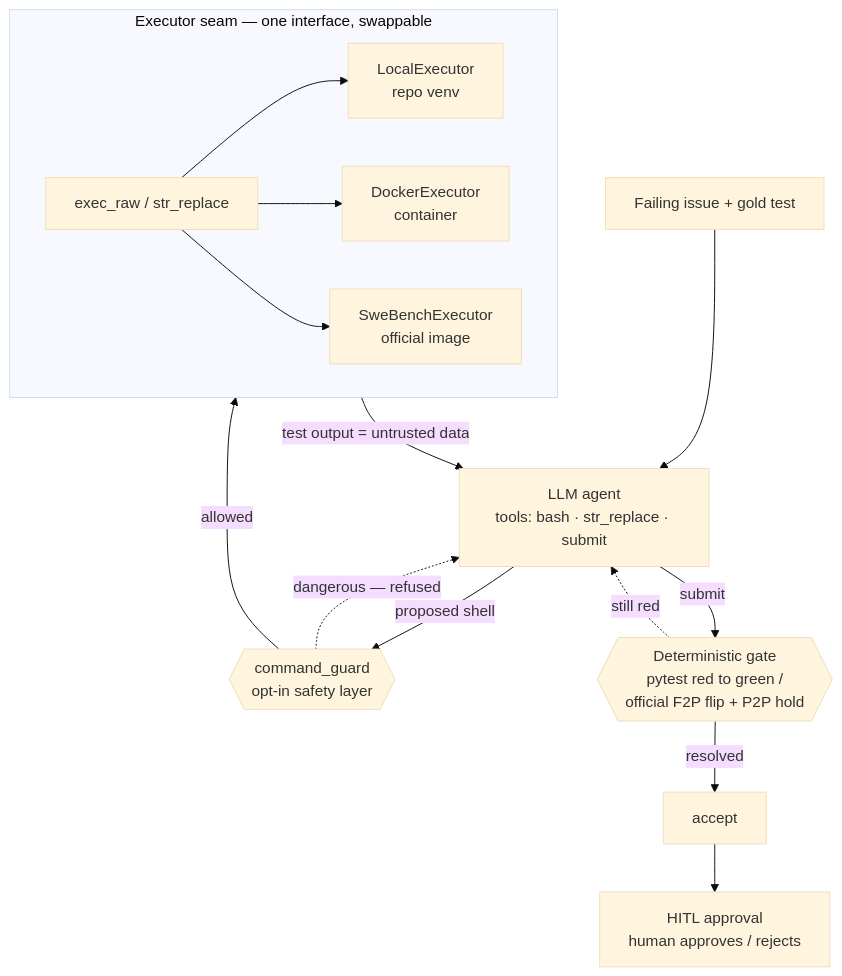
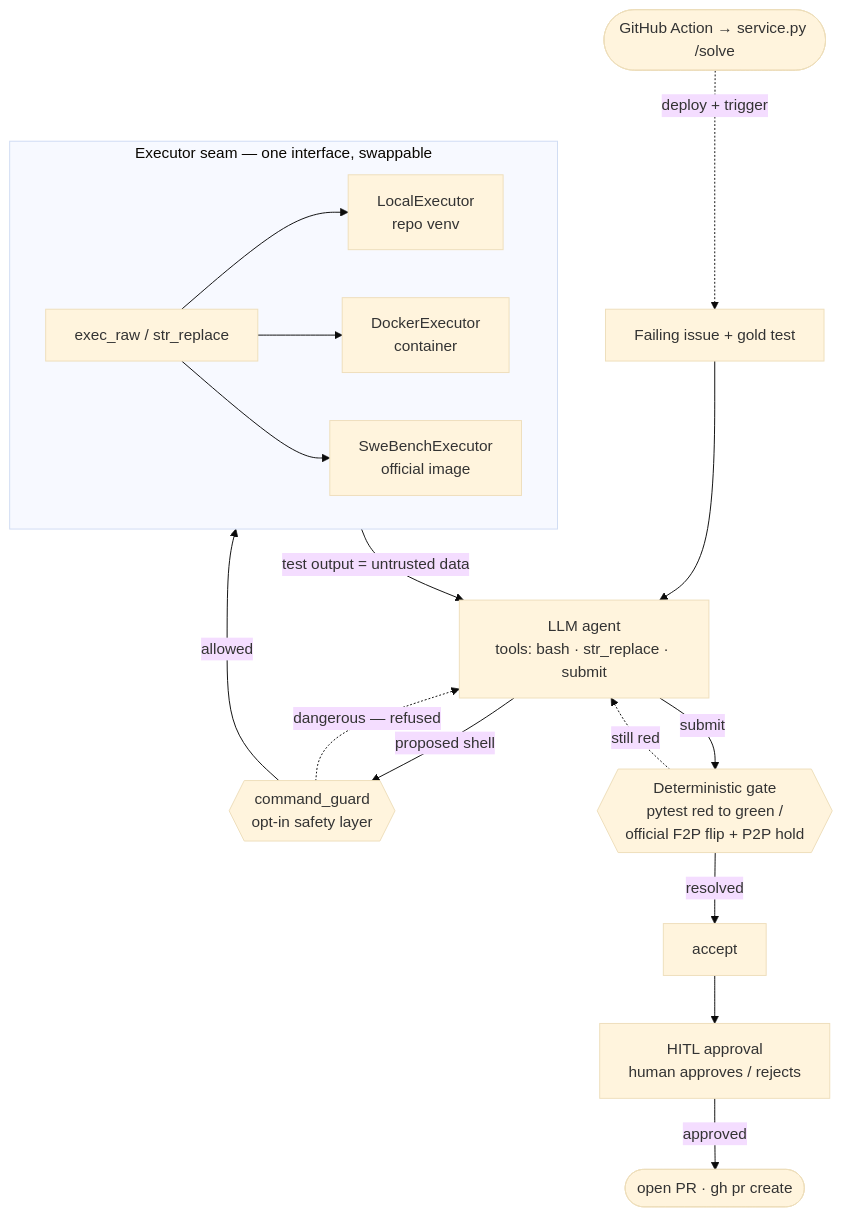
Before and after one commit to mdhamid5898/autonomous-code-repair-agent: the diagram in README.md, drawn with Mermaid (base theme). The commit also changed other lines of this file and 2 other files, not shown here.

Commit message:
chore: wire fastapi+httpx into CI/deps; document service + PR in README

````diff
--- a/README.md
+++ b/README.md
@@ -57,20 +57,22 @@
 ```mermaid
 flowchart TB
+    trigger(["GitHub Action → service.py /solve"]) -.->|deploy + trigger| issue
     issue["Failing issue + gold test"] --> agent
     agent["LLM agent<br/>tools: bash · str_replace · submit"] -->|proposed shell| guard
     guard{{"command_guard<br/>opt-in safety layer"}} -->|allowed| seam
     guard -.->|"dangerous — refused"| agent
 
     subgraph SEAM ["Executor seam — one interface, swappable"]
         direction LR
         seam["exec_raw / str_replace"] --> local["LocalExecutor<br/>repo venv"]
         seam --> docker["DockerExecutor<br/>container"]
         seam --> swe["SweBenchExecutor<br/>official image"]
     end
 
     seam -->|"test output = untrusted data"| agent
     agent -->|submit| gate
     gate{{"Deterministic gate<br/>pytest red to green /<br/>official F2P flip + P2P hold"}} -->|resolved| done["accept"]
     gate -.->|still red| agent
     done --> hitl["HITL approval<br/>human approves / rejects"]
+    hitl -->|approved| pr(["open PR · gh pr create"])
 ```
````
